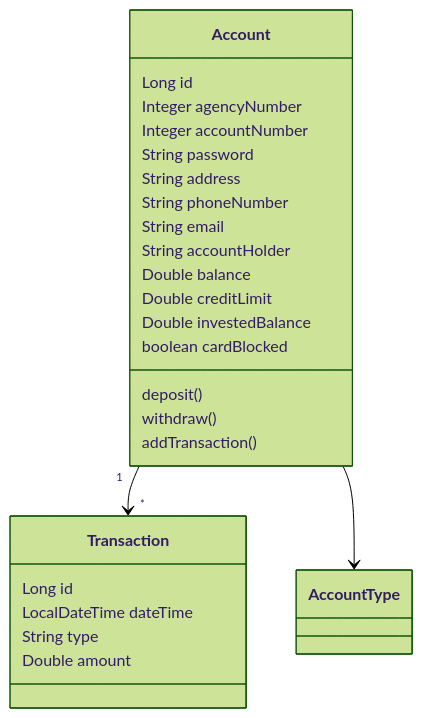
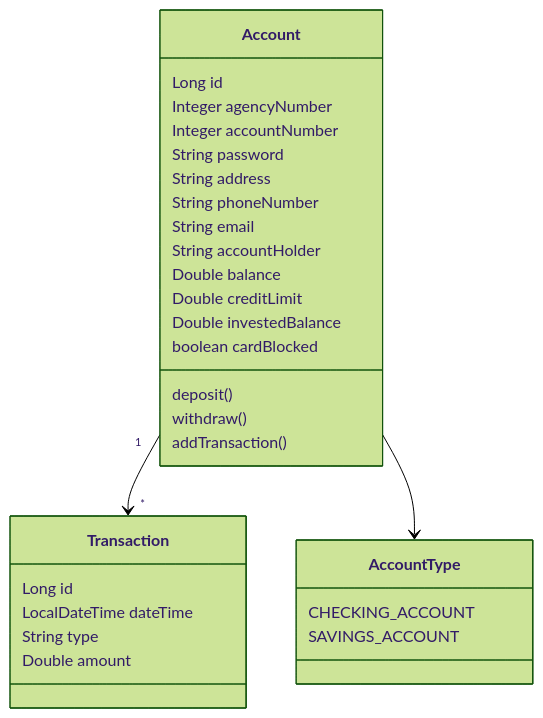
One commit to ricardobfernandes/bank-challenge-2 changed the first of 2 diagrams in README.md. Above: the diagram before and after it, drawn with Mermaid (forest theme).

Commit message:
docs: finalize project documentation

````diff
--- a/README.md
+++ b/README.md
@@ -148,34 +148,37 @@
 ```mermaid
 classDiagram
 
 class Account {
     Long id
     Integer agencyNumber
     Integer accountNumber
     String password
     String address
     String phoneNumber
     String email
     String accountHolder
     Double balance
     Double creditLimit
     Double investedBalance
     boolean cardBlocked
 
     deposit()
     withdraw()
     addTransaction()
 }
 
 class Transaction {
     Long id
     LocalDateTime dateTime
     String type
     Double amount
 }
 
-class AccountType
+class AccountType{
+    CHECKING_ACCOUNT
+    SAVINGS_ACCOUNT
+}
 
 Account "1" --> "*" Transaction
 Account --> AccountType
 ```
````
